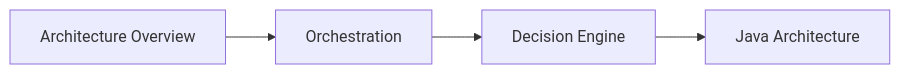
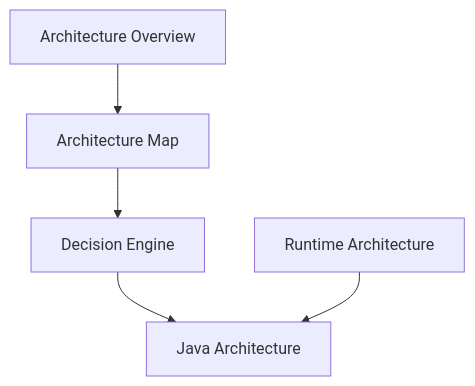
One commit to AigoraCorporation/aigora changed the fourth of 4 diagrams in docs/02-architecture/tutor-orchestrator/07-java-architecture/index.md. Above: the diagram before and after it, drawn with Mermaid. The commit also changed other lines of this file, not shown here.

Commit message:
docs(repo): clarify physical and logical architecture views

````diff
--- a/docs/02-architecture/tutor-orchestrator/07-java-architecture/index.md
+++ b/docs/02-architecture/tutor-orchestrator/07-java-architecture/index.md
@@ -263,17 +311,21 @@
 ```mermaid
-flowchart LR
+flowchart TD
 
 overview["Architecture Overview"]
 
-orchestration["Orchestration"]
+map["Architecture Map"]
+
+runtime["Runtime Architecture"]
 
 decision["Decision Engine"]
 
 java["Java Architecture"]
 
-overview --> orchestration
+overview --> map
 
-orchestration --> decision
+map --> decision
 
 decision --> java
+
+runtime --> java
 ```
````
